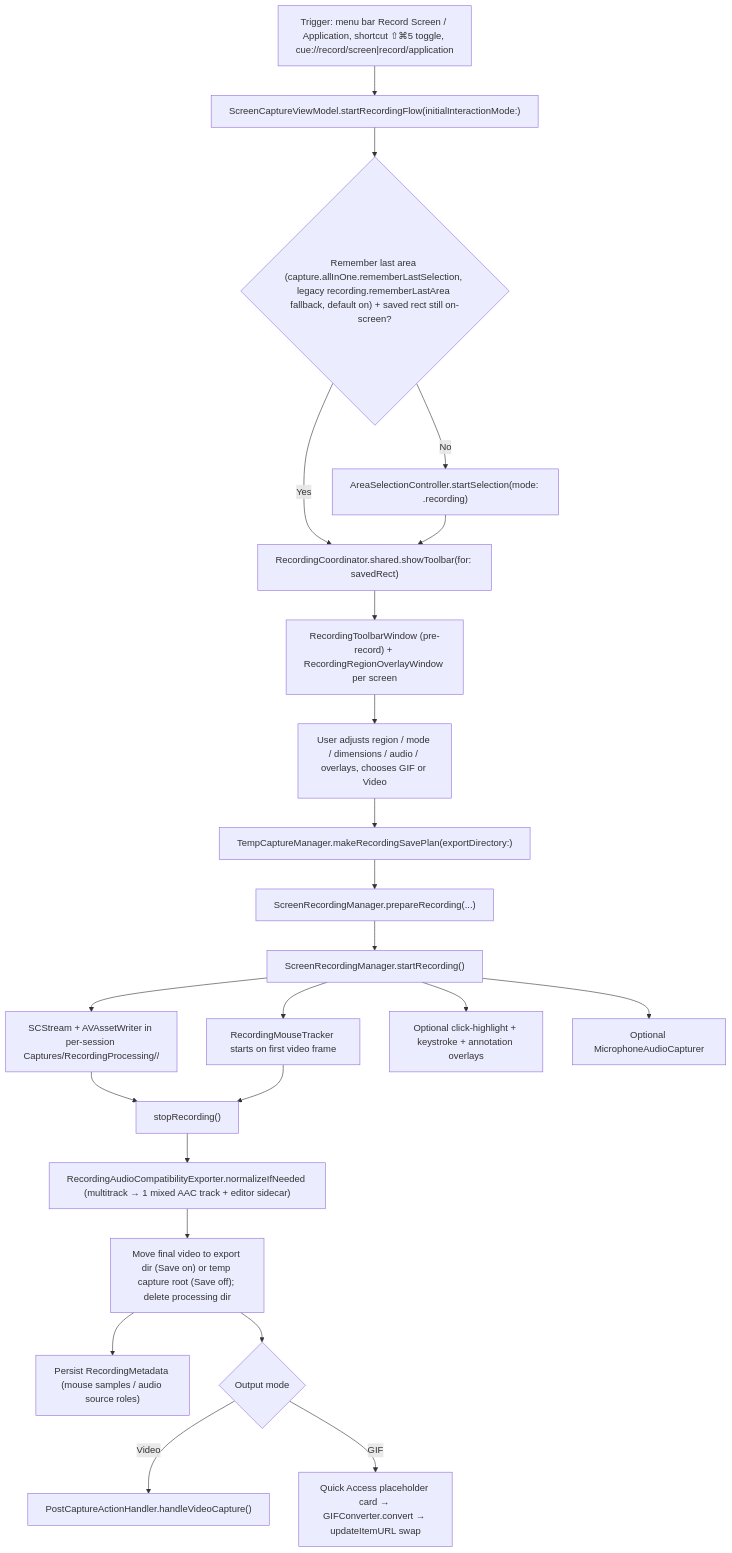
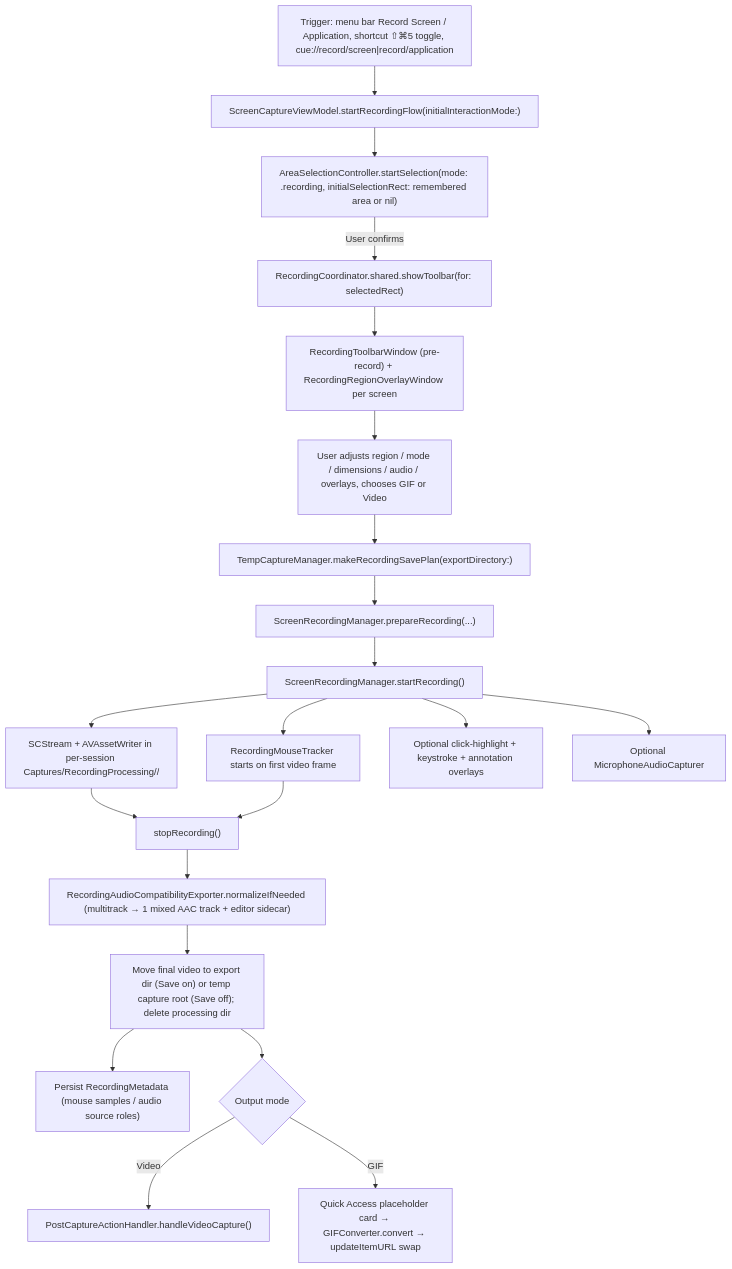
The diagram in docs/RECORDING.md (mourato/Cue), drawn with Mermaid before and after one commit. The commit also changed other lines of this file and 1 other file, not shown here.

Commit message:
fix(recording): preselect remembered area instead of skipping selection
A remembered area can now come from screenshot, OCR or annotate flows, so
recording no longer jumps straight to the toolbar. The area is preselected
in the recording overlay and the user confirms it.

````diff
--- a/docs/RECORDING.md
+++ b/docs/RECORDING.md
@@ -7,28 +7,26 @@
 ```mermaid
 flowchart TD
     A["Trigger: menu bar Record Screen / Application, shortcut ⇧⌘5 toggle, cue://record/screen|record/application"] --> B["ScreenCaptureViewModel.startRecordingFlow(initialInteractionMode:)"]
-    B --> C{"Remember last area (capture.allInOne.rememberLastSelection, legacy recording.rememberLastArea fallback, default on) + saved rect still on-screen?"}
-    C -->|Yes| D["RecordingCoordinator.shared.showToolbar(for: savedRect)"]
-    C -->|No| E["AreaSelectionController.startSelection(mode: .recording)"]
-    E --> D
+    B --> E["AreaSelectionController.startSelection(mode: .recording, initialSelectionRect: remembered area or nil)"]
+    E -->|User confirms| D["RecordingCoordinator.shared.showToolbar(for: selectedRect)"]
 
     D --> F["RecordingToolbarWindow (pre-record) + RecordingRegionOverlayWindow per screen"]
     F --> G["User adjusts region / mode / dimensions / audio / overlays, chooses GIF or Video"]
     G --> H["TempCaptureManager.makeRecordingSavePlan(exportDirectory:)"]
     H --> I["ScreenRecordingManager.prepareRecording(...)"]
     I --> J["ScreenRecordingManager.startRecording()"]
 
     J --> K["SCStream + AVAssetWriter in per-session Captures/RecordingProcessing/<UUID>/"]
     J --> L["RecordingMouseTracker starts on first video frame"]
     J --> M["Optional click-highlight + keystroke + annotation overlays"]
     J --> N["Optional MicrophoneAudioCapturer"]
 
     K --> O["stopRecording()"]
     L --> O
     O --> P["RecordingAudioCompatibilityExporter.normalizeIfNeeded (multitrack → 1 mixed AAC track + editor sidecar)"]
     P --> Q["Move final video to export dir (Save on) or temp capture root (Save off); delete processing dir"]
     Q --> R["Persist RecordingMetadata (mouse samples / audio source roles)"]
     Q --> S{"Output mode"}
     S -->|Video| T["PostCaptureActionHandler.handleVideoCapture()"]
     S -->|GIF| U["Quick Access placeholder card → GIFConverter.convert → updateItemURL swap"]
 ```
````
